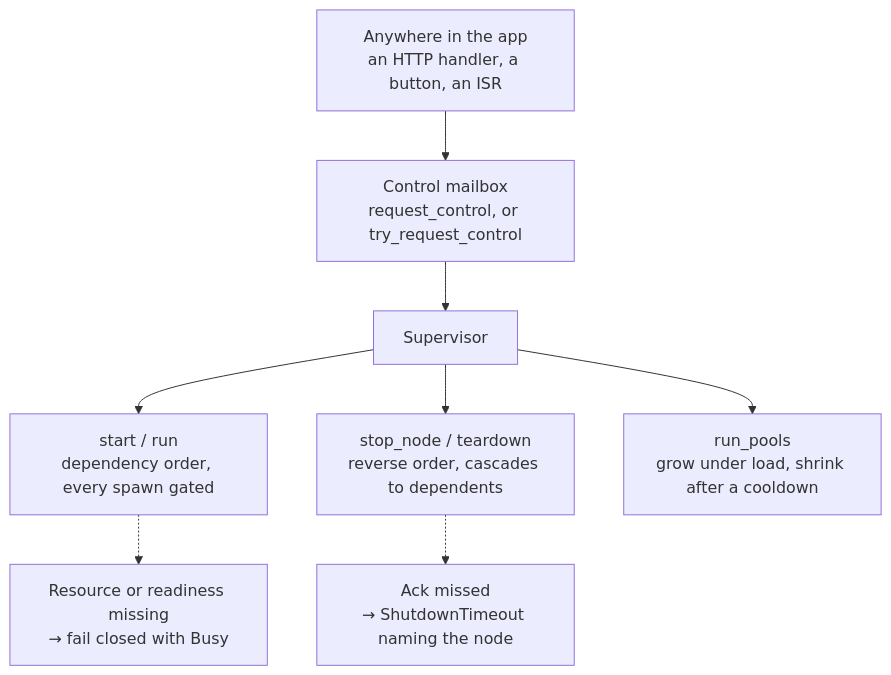
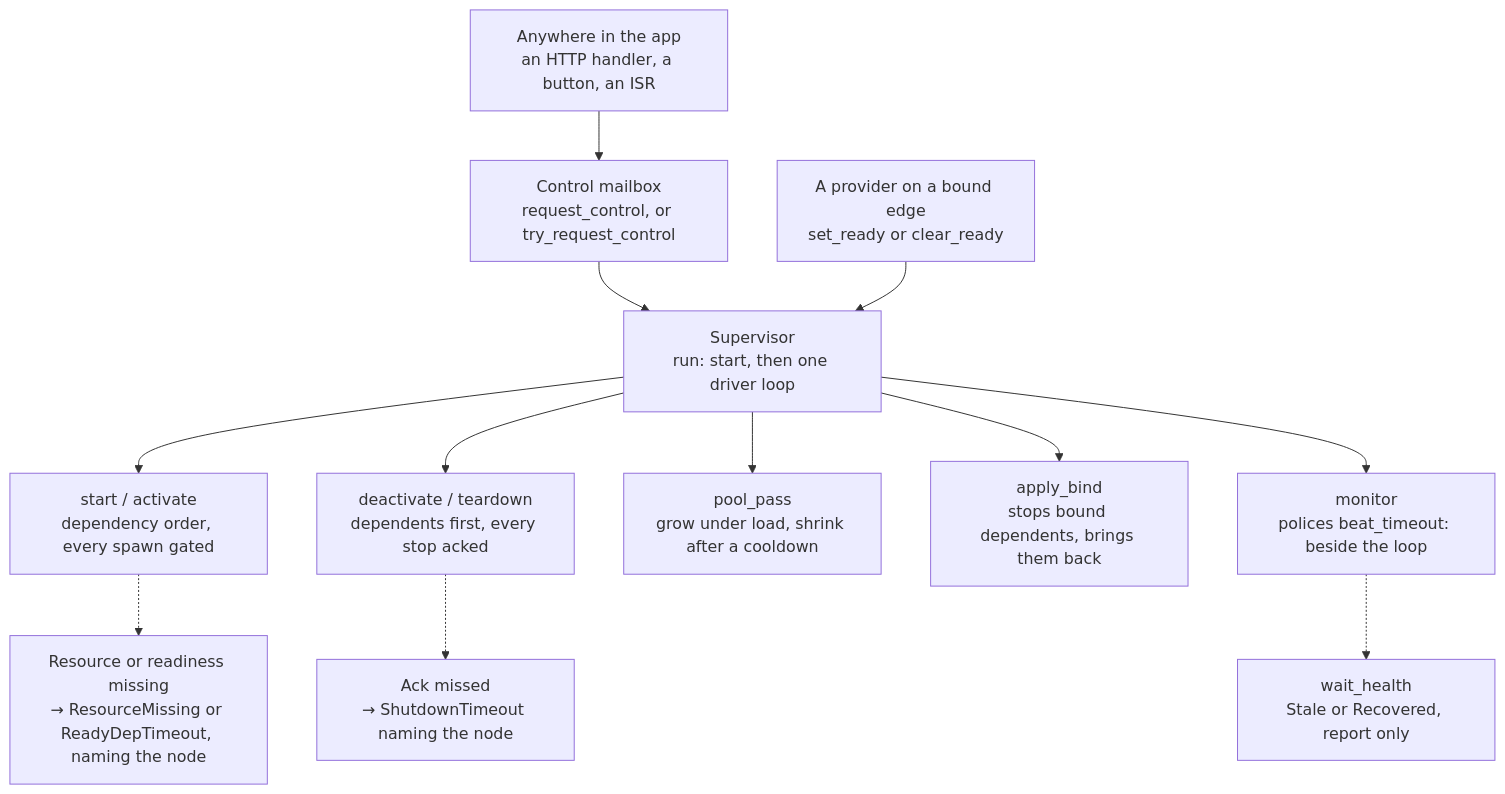
Before and after one commit to cedrivard/embassy-supervisor: the second of 3 diagrams in README.md, drawn with Mermaid. The commit also changed other lines of this file and 1 other file, not shown here.

````diff
--- a/README.md
+++ b/README.md
@@ -135,18 +140,26 @@
 ```mermaid
 flowchart TD
     APP["Anywhere in the app<br/>an HTTP handler, a button, an ISR"]
     MBOX["Control mailbox<br/>request_control, or try_request_control"]
-    SUP["Supervisor"]
-    UP["start / run<br/>dependency order, every spawn gated"]
-    DOWN["stop_node / teardown<br/>reverse order, cascades to dependents"]
-    SCALE["run_pools<br/>grow under load, shrink after a cooldown"]
-    BUSY["Resource or readiness missing<br/>→ fail closed with Busy"]
+    PROV["A provider on a bound edge<br/>set_ready or clear_ready"]
+    SUP["Supervisor<br/>run: start, then one driver loop"]
+    UP["start / activate<br/>dependency order, every spawn gated"]
+    DOWN["deactivate / teardown<br/>dependents first, every stop acked"]
+    SCALE["pool_pass<br/>grow under load, shrink after a cooldown"]
+    BIND["apply_bind<br/>stops bound dependents, brings them back"]
+    MON["monitor<br/>polices beat_timeout: beside the loop"]
+    BUSY["Resource or readiness missing<br/>→ ResourceMissing or ReadyDepTimeout, naming the node"]
     TO["Ack missed<br/>→ ShutdownTimeout naming the node"]
+    HEALTH["wait_health<br/>Stale or Recovered, report only"]
 
     APP --> MBOX --> SUP
+    PROV --> SUP
     SUP --> UP
     SUP --> DOWN
     SUP --> SCALE
+    SUP --> BIND
+    SUP --> MON
     UP -.-> BUSY
     DOWN -.-> TO
+    MON -.-> HEALTH
 ```
````
